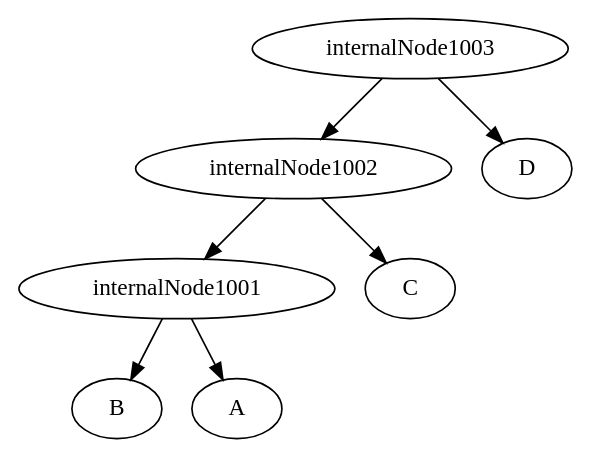
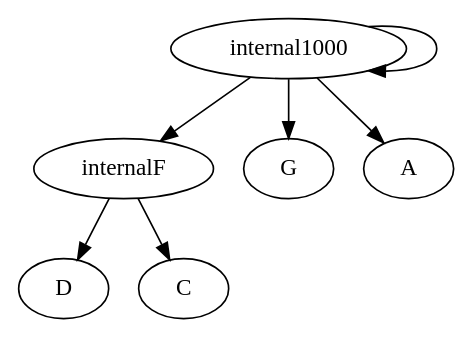
Before and after one commit to iharnoor/PhylogeneticsWebsite: the diagram in ParsingTxt/Launcher/upload.dot, drawn with Graphviz. The commit also changed 5 other files, not shown here.

```diff
--- a/ParsingTxt/Launcher/upload.dot
+++ b/ParsingTxt/Launcher/upload.dot
@@ -1,8 +1,8 @@
 strict digraph G1 {
-internalNode1001 -> B
-internalNode1001 -> A
-internalNode1002 -> C
-internalNode1002 -> internalNode1001
-internalNode1003 -> D
-internalNode1003 -> internalNode1002
+internalF -> D
+internalF -> C
+internal1000 -> G
+internal1000 -> A
+internal1000 -> internal1000
+internal1000 -> internalF
 }
```
